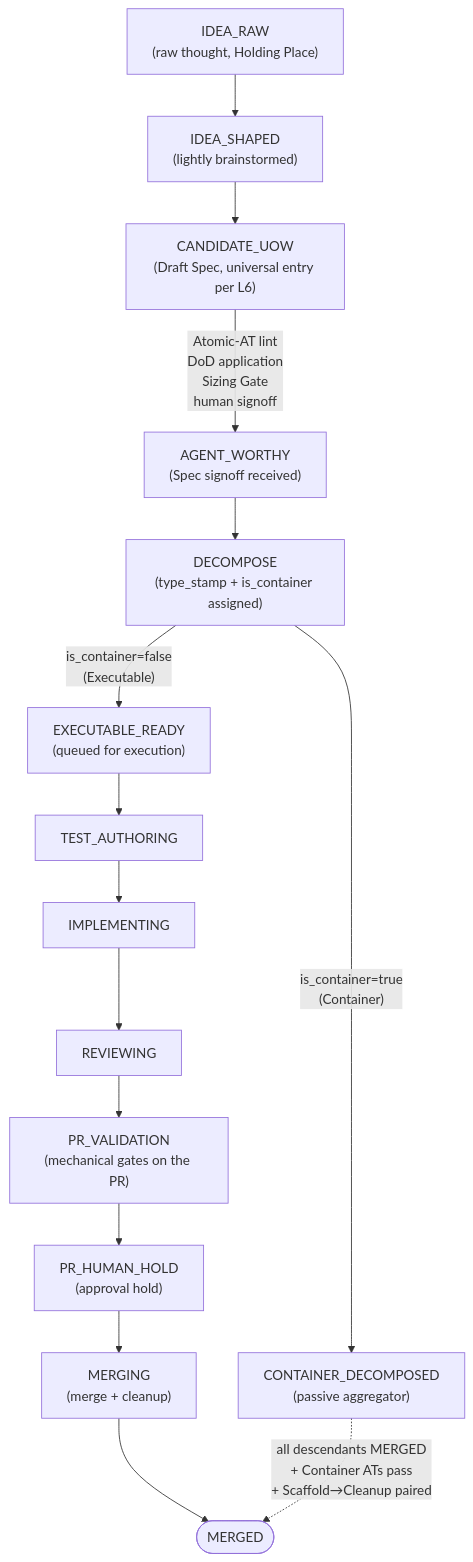
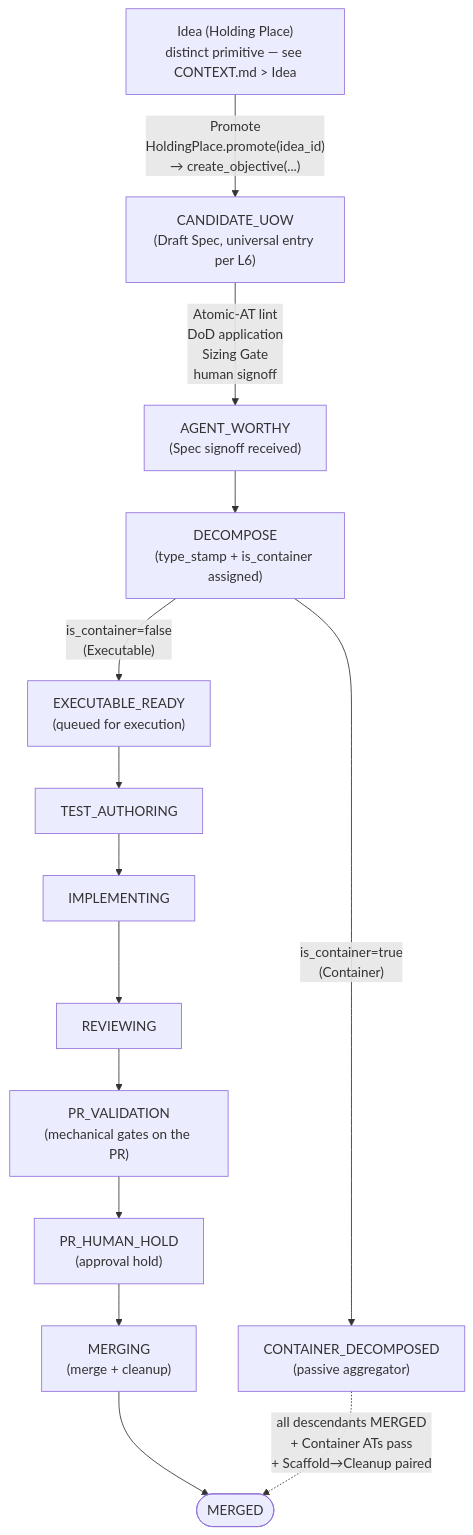
The diagram in docs/specs/2026-05-23-pdlc-orchestrator-core-design.md (scotthamilton77/agents-config), drawn with Mermaid before and after one commit. The commit also changed other lines of this file and 2 other files, not shown here.

````diff
--- a/docs/specs/2026-05-23-pdlc-orchestrator-core-design.md
+++ b/docs/specs/2026-05-23-pdlc-orchestrator-core-design.md
@@ -183,32 +485,30 @@
 ```mermaid
 flowchart TD
-  IDEA_RAW["IDEA_RAW<br/>(raw thought, Holding Place)"]
-  IDEA_SHAPED["IDEA_SHAPED<br/>(lightly brainstormed)"]
+  IDEA_HP["Idea (Holding Place)<br/>distinct primitive — see CONTEXT.md > Idea"]
   CANDIDATE_UOW["CANDIDATE_UOW<br/>(Draft Spec, universal entry per L6)"]
   AGENT_WORTHY["AGENT_WORTHY<br/>(Spec signoff received)"]
   DECOMPOSE["DECOMPOSE<br/>(type_stamp + is_container assigned)"]
   EXECUTABLE_READY["EXECUTABLE_READY<br/>(queued for execution)"]
   CONTAINER_DECOMPOSED["CONTAINER_DECOMPOSED<br/>(passive aggregator)"]
   TEST_AUTHORING["TEST_AUTHORING"]
   IMPLEMENTING["IMPLEMENTING"]
   REVIEWING["REVIEWING"]
   PR_VALIDATION["PR_VALIDATION<br/>(mechanical gates on the PR)"]
   PR_HUMAN_HOLD["PR_HUMAN_HOLD<br/>(approval hold)"]
   MERGING["MERGING<br/>(merge + cleanup)"]
   MERGED([MERGED])
 
-  IDEA_RAW --> IDEA_SHAPED
-  IDEA_SHAPED --> CANDIDATE_UOW
+  IDEA_HP -->|"Promote<br/>HoldingPlace.promote(idea_id)<br/>→ create_objective(...)"| CANDIDATE_UOW
   CANDIDATE_UOW -->|"Atomic-AT lint<br/>DoD application<br/>Sizing Gate<br/>human signoff"| AGENT_WORTHY
   AGENT_WORTHY --> DECOMPOSE
   DECOMPOSE -->|"is_container=false<br/>(Executable)"| EXECUTABLE_READY
   DECOMPOSE -->|"is_container=true<br/>(Container)"| CONTAINER_DECOMPOSED
   EXECUTABLE_READY --> TEST_AUTHORING
   TEST_AUTHORING --> IMPLEMENTING
   IMPLEMENTING --> REVIEWING
   REVIEWING --> PR_VALIDATION
   PR_VALIDATION --> PR_HUMAN_HOLD
   PR_HUMAN_HOLD --> MERGING
   MERGING --> MERGED
   CONTAINER_DECOMPOSED -.->|"all descendants MERGED<br/>+ Container ATs pass<br/>+ Scaffold→Cleanup paired"| MERGED
 ```
````
